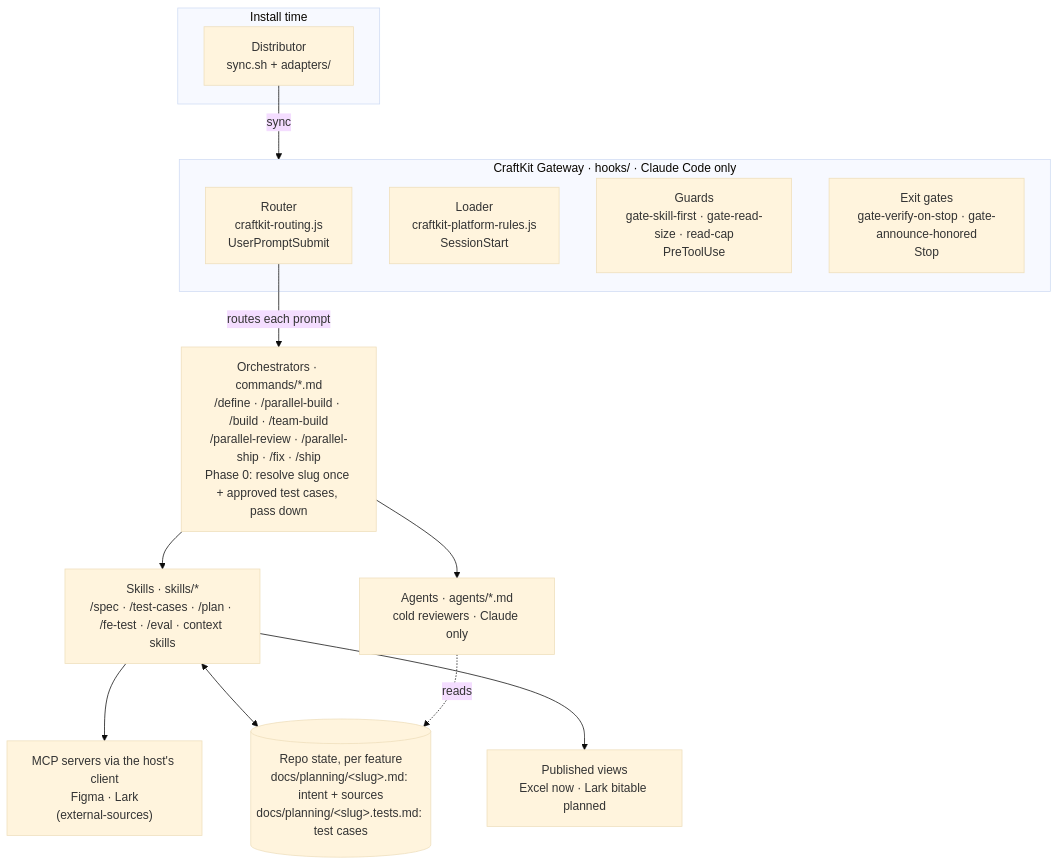
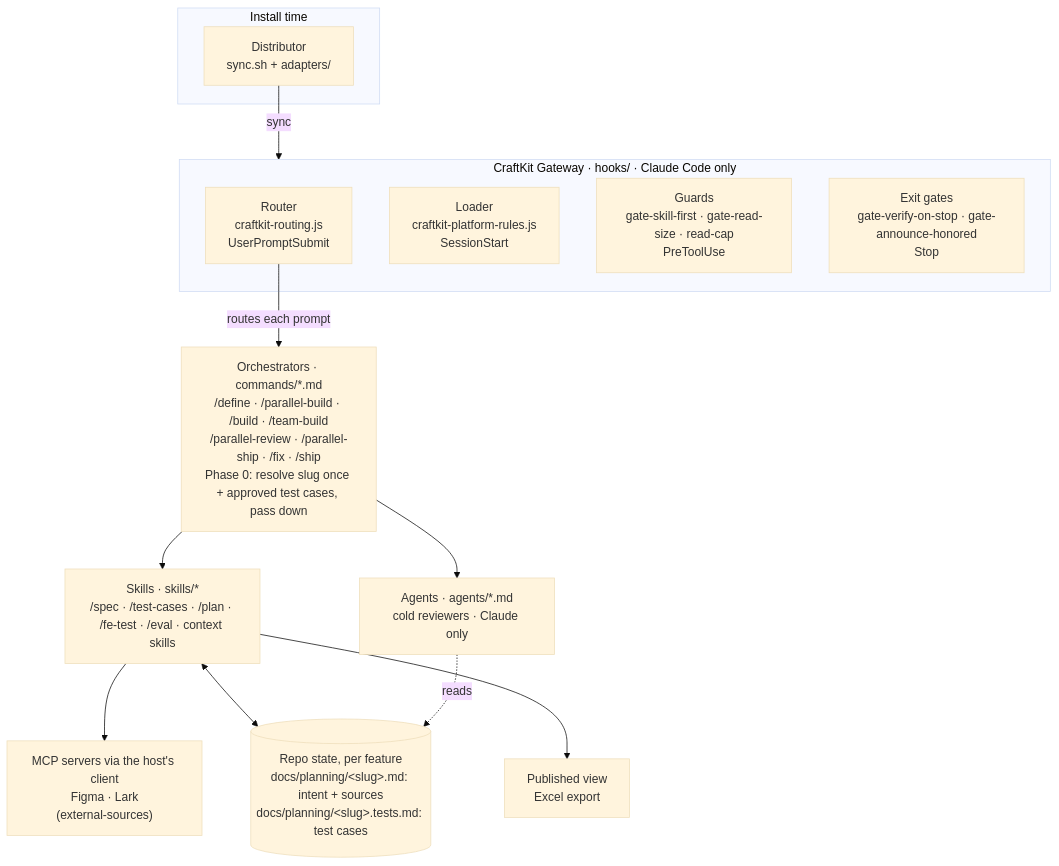
Before and after one commit to raditia/CraftKit: the second of 15 diagrams in README.md, drawn with Mermaid (base theme). The commit also changed other lines of this file and 13 other files, not shown here.

````diff
--- a/README.md
+++ b/README.md
@@ -196,27 +196,27 @@
 ```mermaid
 flowchart TD
     subgraph INSTALL["Install time"]
         D["Distributor\nsync.sh + adapters/"]
     end
     subgraph GW["CraftKit Gateway · hooks/ · Claude Code only"]
         R["Router\ncraftkit-routing.js\nUserPromptSubmit"]
         L["Loader\ncraftkit-platform-rules.js\nSessionStart"]
         G["Guards\ngate-skill-first · gate-read-size · read-cap\nPreToolUse"]
         X["Exit gates\ngate-verify-on-stop · gate-announce-honored\nStop"]
     end
     O["Orchestrators · commands/*.md\n/define · /parallel-build · /build · /team-build\n/parallel-review · /parallel-ship · /fix · /ship\nPhase 0: resolve slug once + approved test cases, pass down"]
     S["Skills · skills/*\n/spec · /test-cases · /plan · /fe-test · /eval · context skills"]
     A["Agents · agents/*.md\ncold reviewers · Claude only"]
     M["MCP servers via the host's client\nFigma · Lark\n(external-sources)"]
     ST[("Repo state, per feature\ndocs/planning/&lt;slug&gt;.md: intent + sources\ndocs/planning/&lt;slug&gt;.tests.md: test cases")]
-    V["Published views\nExcel now · Lark bitable planned"]
+    V["Published view\nExcel export"]
 
     D -- sync --> GW
     R -- routes each prompt --> O
     O --> S
     O --> A
     S --> M
     S <--> ST
     A -. reads .-> ST
     S --> V
 ```
````
